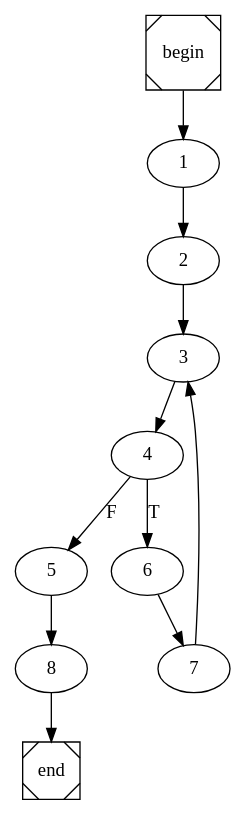
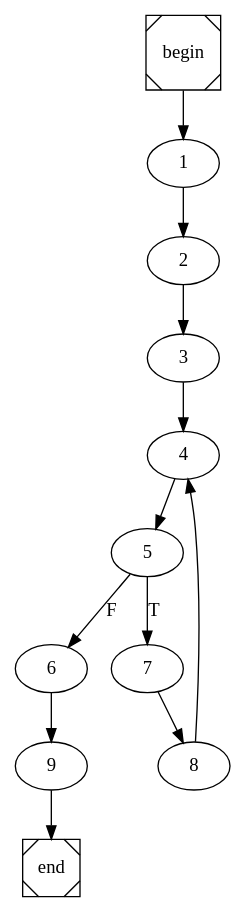
The diagram in busyWait.dot (pedrojfs17/FEUP-COMP), drawn with Graphviz before and after one commit. The commit also changed 35 other files, not shown here.

```diff
--- a/busyWait.dot
+++ b/busyWait.dot
@@ -1,4 +1,4 @@
 digraph cfg {
 	begin [shape=Msquare];
 	end [shape=Msquare];
-	begin -> 1;	1 -> 2;	2 -> 3;	3 -> 4;	4 -> 6[label=T];	4 -> 5[label=F];	5 -> 8;	6 -> 7;	7 -> 3;	8 -> end;}
+	begin -> 1;	1 -> 2;	2 -> 3;	3 -> 4;	4 -> 5;	5 -> 7[label=T];	5 -> 6[label=F];	6 -> 9;	7 -> 8;	8 -> 4;	9 -> end;}
```
